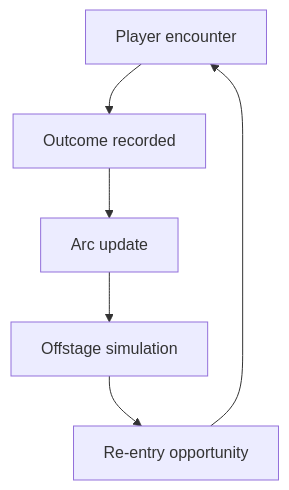
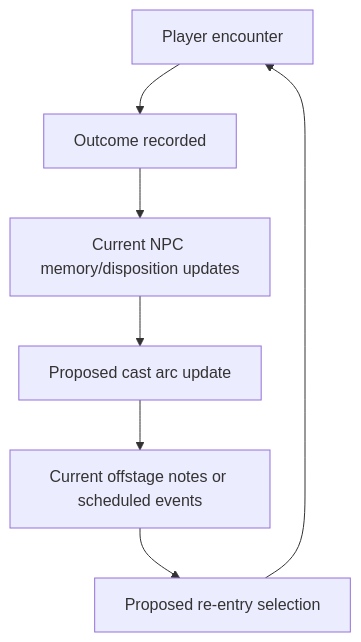
One commit to envy-ai/ai_rpg changed the diagram in docs/ideas/dramatis_personae.md. Above: the diagram before and after it, drawn with Mermaid. The commit also changed other lines of this file and 219 other files, not shown here.

````diff
--- a/docs/ideas/dramatis_personae.md
+++ b/docs/ideas/dramatis_personae.md
@@ -24,8 +58,9 @@
 ```mermaid
 flowchart TD
   A[Player encounter] --> B[Outcome recorded]
-  B --> C[Arc update]
-  C --> D[Offstage simulation]
-  D --> E[Re-entry opportunity]
-  E --> A
+  B --> C[Current NPC memory/disposition updates]
+  C --> D[Proposed cast arc update]
+  D --> E[Current offstage notes or scheduled events]
+  E --> F[Proposed re-entry selection]
+  F --> A
 ```
````
